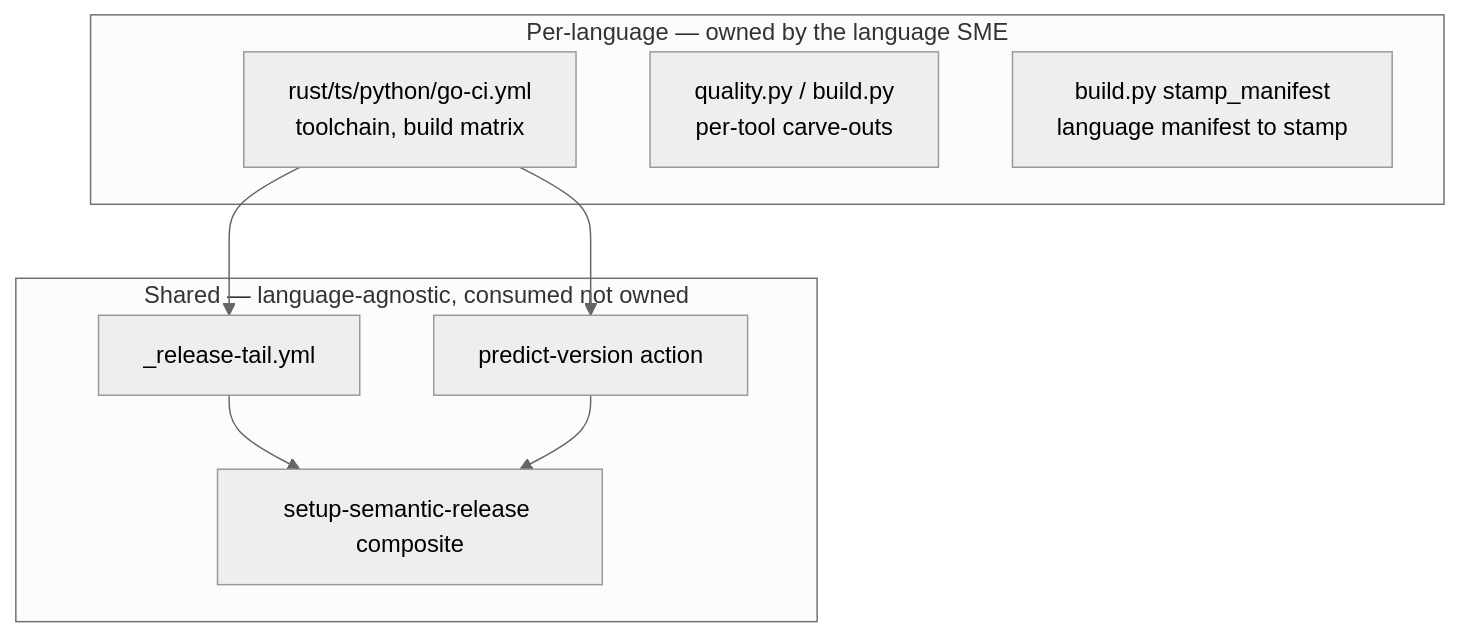
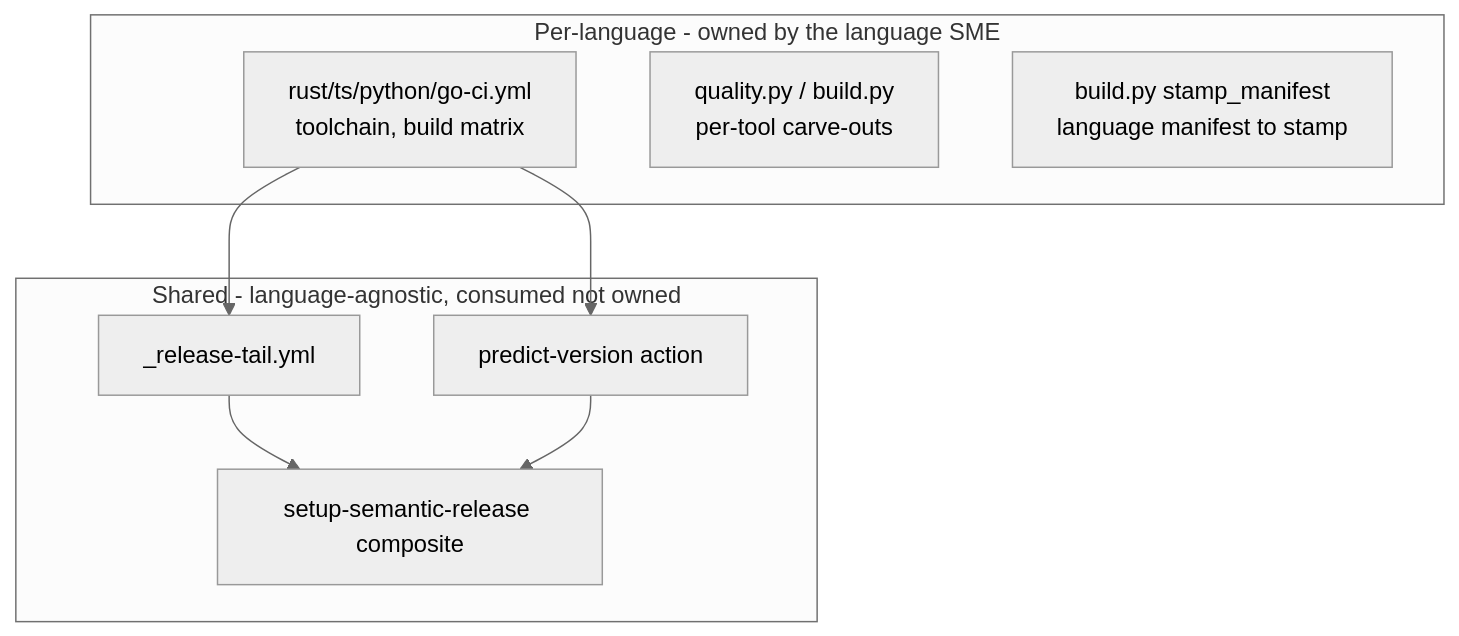
One commit to hyperi-io/hyperi-ci changed the fourth of 6 diagrams in docs/flow.md. Above: the diagram before and after it, drawn with Mermaid (neutral theme). The commit also changed other lines of this file and 1 other file, not shown here.

First line of the commit message:
docs: split release-on-demand out of flow.md and draw the release path

````diff
--- a/docs/flow.md
+++ b/docs/flow.md
@@ -79,17 +68,17 @@
 ```mermaid
 flowchart TB
-    subgraph SME[Per-language — owned by the language SME]
+    subgraph SME["Per-language - owned by the language SME"]
       W[rust/ts/python/go-ci.yml<br/>toolchain, build matrix]
       Q[quality.py / build.py<br/>per-tool carve-outs]
       RC[build.py stamp_manifest<br/>language manifest to stamp]
     end
-    subgraph SHARED[Shared — language-agnostic, consumed not owned]
+    subgraph SHARED["Shared - language-agnostic, consumed not owned"]
       PV[predict-version action]
       SSR[setup-semantic-release composite]
       RT[_release-tail.yml]
     end
     W --> PV
     W --> RT
     RT --> SSR
     PV --> SSR
 ```
````
